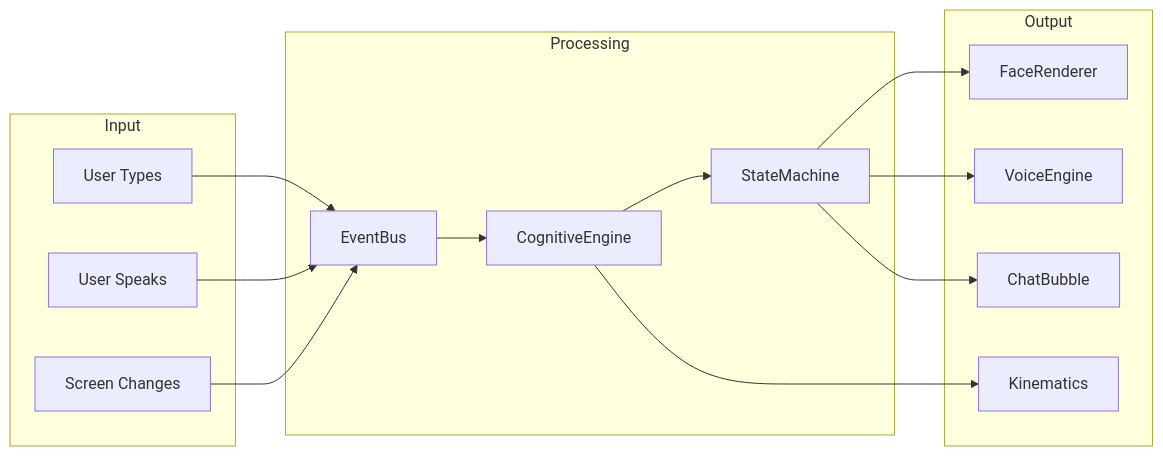
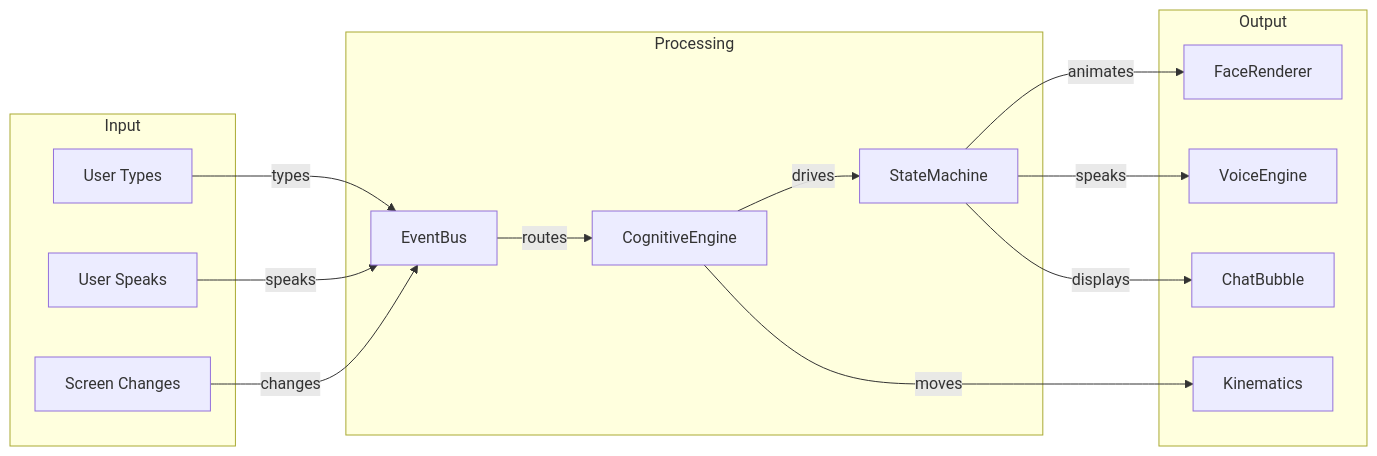
One commit to AhmadHassan-BTed/B changed the third of 5 diagrams in README.md. Above: the diagram before and after it, drawn with Mermaid. The commit also changed other lines of this file, not shown here.

Commit message:
refactor: update mermaid diagrams for improved clarity and consistency

````diff
--- a/README.md
+++ b/README.md
@@ -158,31 +158,31 @@
 ```mermaid
 flowchart LR
-    subgraph Input
-        A[User Types]
-        B[User Speaks]
-        C[Screen Changes]
+    subgraph Input["Input"]
+        A["User Types"]
+        B["User Speaks"]
+        C["Screen Changes"]
     end
 
-    subgraph Processing
-        D[EventBus]
-        E[CognitiveEngine]
-        F[StateMachine]
+    subgraph Process["Processing"]
+        D["EventBus"]
+        E["CognitiveEngine"]
+        F["StateMachine"]
     end
 
-    subgraph Output
-        G[FaceRenderer]
-        H[VoiceEngine]
-        I[ChatBubble]
-        J[Kinematics]
+    subgraph Output["Output"]
+        G["FaceRenderer"]
+        H["VoiceEngine"]
+        I["ChatBubble"]
+        J["Kinematics"]
     end
 
-    A --> D
-    B --> D
-    C --> D
-    D --> E
-    E --> F
-    F --> G
-    F --> H
-    F --> I
-    E --> J
+    A -- types --> D
+    B -- speaks --> D
+    C -- changes --> D
+    D -- routes --> E
+    E -- drives --> F
+    F -- animates --> G
+    F -- speaks --> H
+    F -- displays --> I
+    E -- moves --> J
 ```
````
